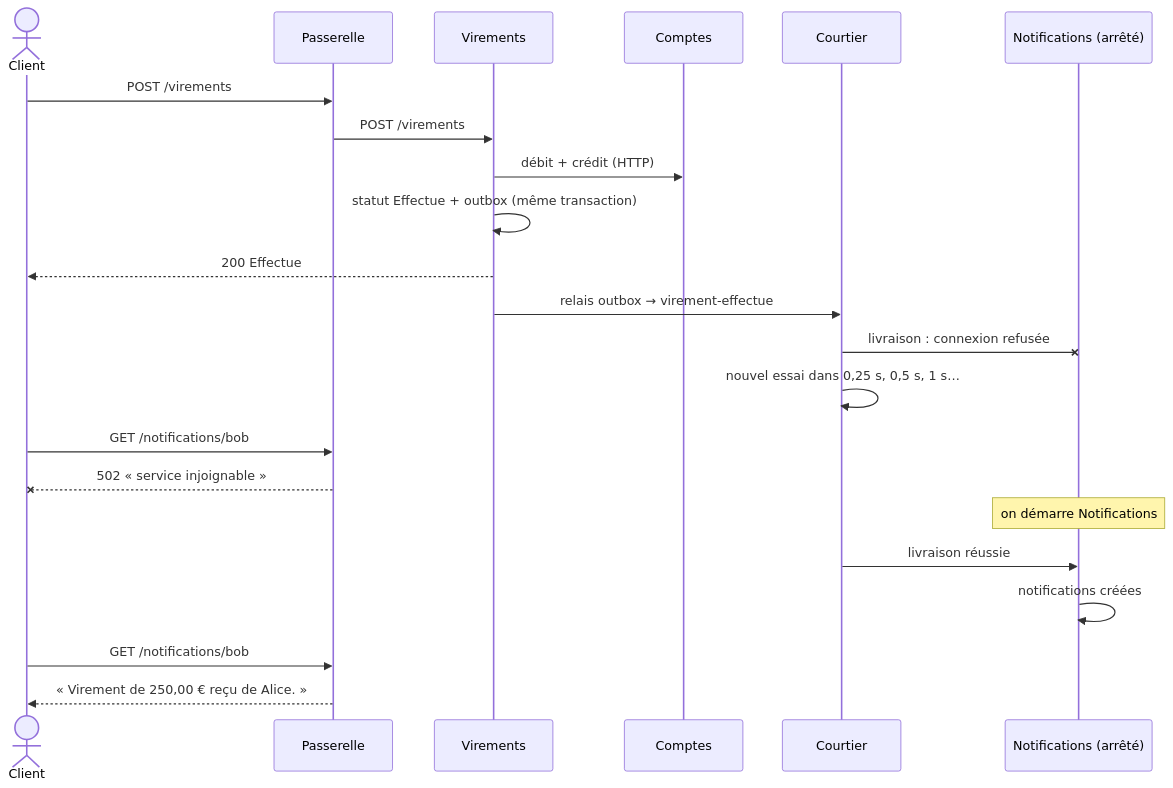
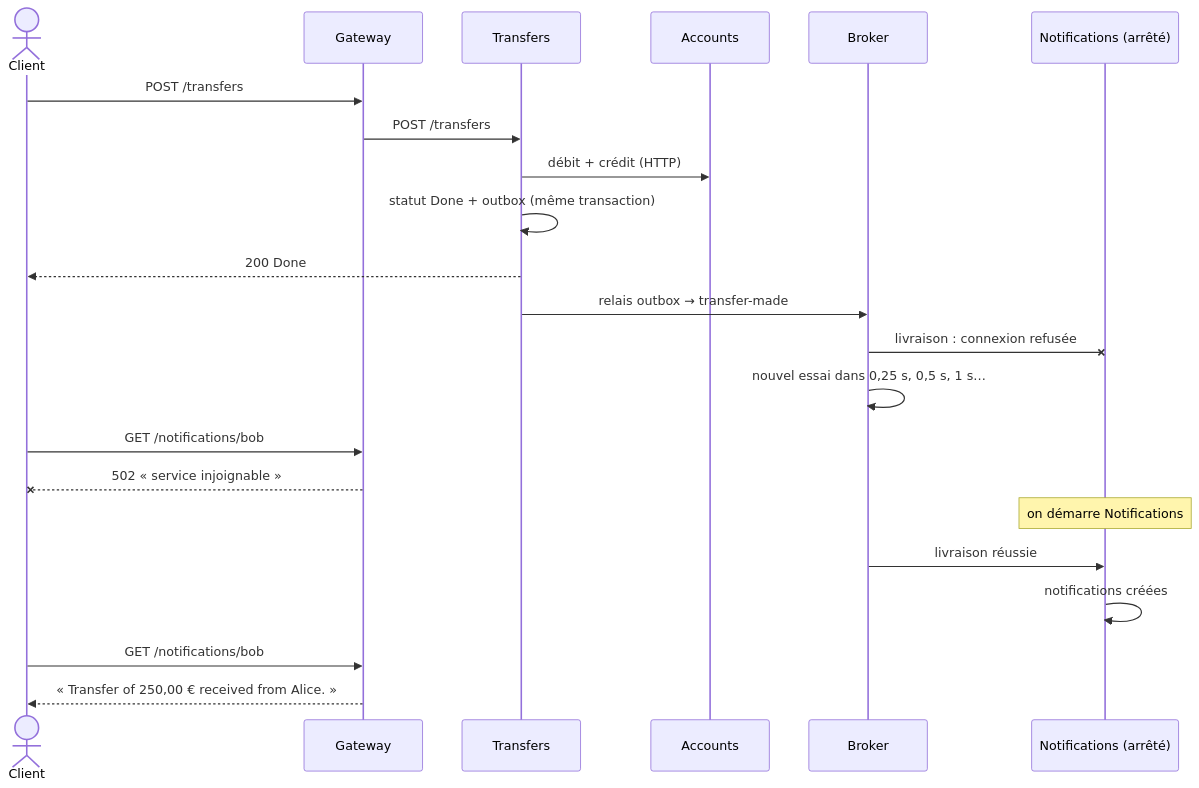
One commit to drangoht/ArchitecturesDemo changed the fourth of 4 diagrams in Docs/08-microservices.md. Above: the diagram before and after it, drawn with Mermaid. The commit also changed other lines of this file and 70 other files, not shown here.

Commit message:
Docs FR : identifiants, liens, diagrammes et sorties alignés sur le code anglais

````diff
--- a/Docs/08-microservices.md
+++ b/Docs/08-microservices.md
@@ -209,24 +209,24 @@
 ```mermaid
 sequenceDiagram
     actor Client
-    participant P as Passerelle
-    participant V as Virements
-    participant C as Comptes
-    participant K as Courtier
+    participant P as Gateway
+    participant V as Transfers
+    participant C as Accounts
+    participant K as Broker
     participant N as Notifications (arrêté)
-    Client->>P: POST /virements
-    P->>V: POST /virements
+    Client->>P: POST /transfers
+    P->>V: POST /transfers
     V->>C: débit + crédit (HTTP)
-    V->>V: statut Effectue + outbox (même transaction)
-    V-->>Client: 200 Effectue
-    V->>K: relais outbox → virement-effectue
+    V->>V: statut Done + outbox (même transaction)
+    V-->>Client: 200 Done
+    V->>K: relais outbox → transfer-made
     K-xN: livraison : connexion refusée
     K->>K: nouvel essai dans 0,25 s, 0,5 s, 1 s…
     Client->>P: GET /notifications/bob
     P--xClient: 502 « service injoignable »
     Note over N: on démarre Notifications
     K->>N: livraison réussie
     N->>N: notifications créées
     Client->>P: GET /notifications/bob
-    P-->>Client: « Virement de 250,00 € reçu de Alice. »
+    P-->>Client: « Transfer of 250,00 € received from Alice. »
 ```
````
